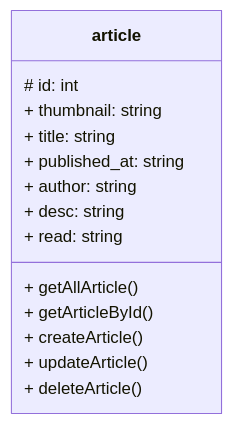
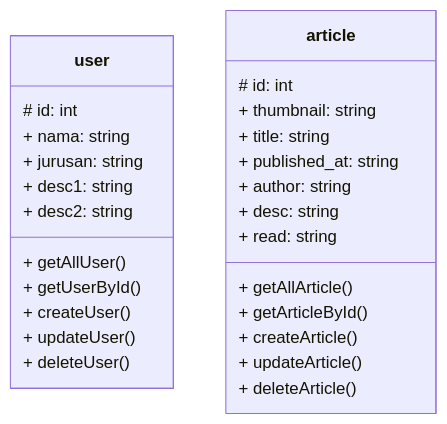
Before and after one commit to indahpurwatii/Tekweb2022: the diagram in content/API Points.md, drawn with Mermaid. The commit also changed other lines of this file, not shown here.

````diff
--- a/content/API Points.md
+++ b/content/API Points.md
@@ -129,17 +232,29 @@
 ```mermaid
     classDiagram
+        class user{
+        # id: int
+        + nama: string
+        + jurusan: string
+        + desc1: string
+        + desc2: string
+        + getAllUser()
+        + getUserById()
+        + createUser()
+        + updateUser()
+        + deleteUser()
+    }
         class article{
             # id: int
             + thumbnail: string
             + title: string
             + published_at: string
             + author: string
             + desc: string
             + read: string
             + getAllArticle()
             + getArticleById()
             + createArticle()
             + updateArticle()
             + deleteArticle()
         }
 ```
````
